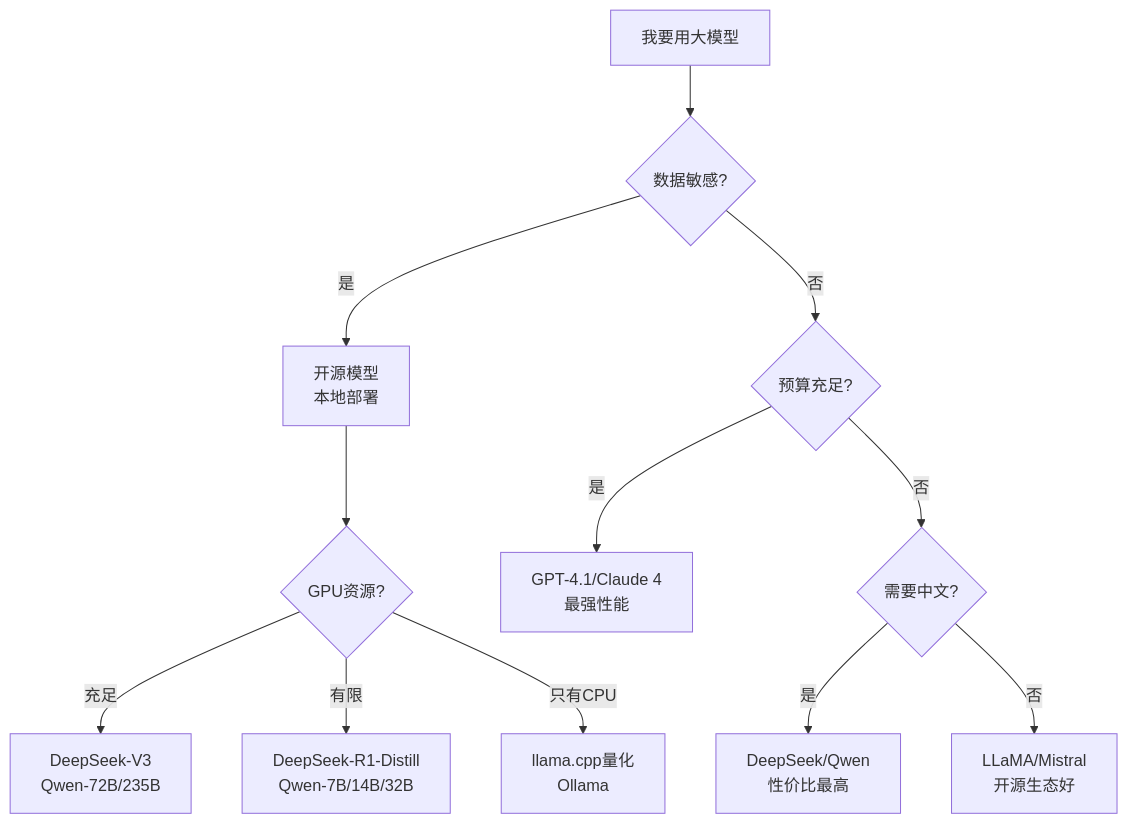
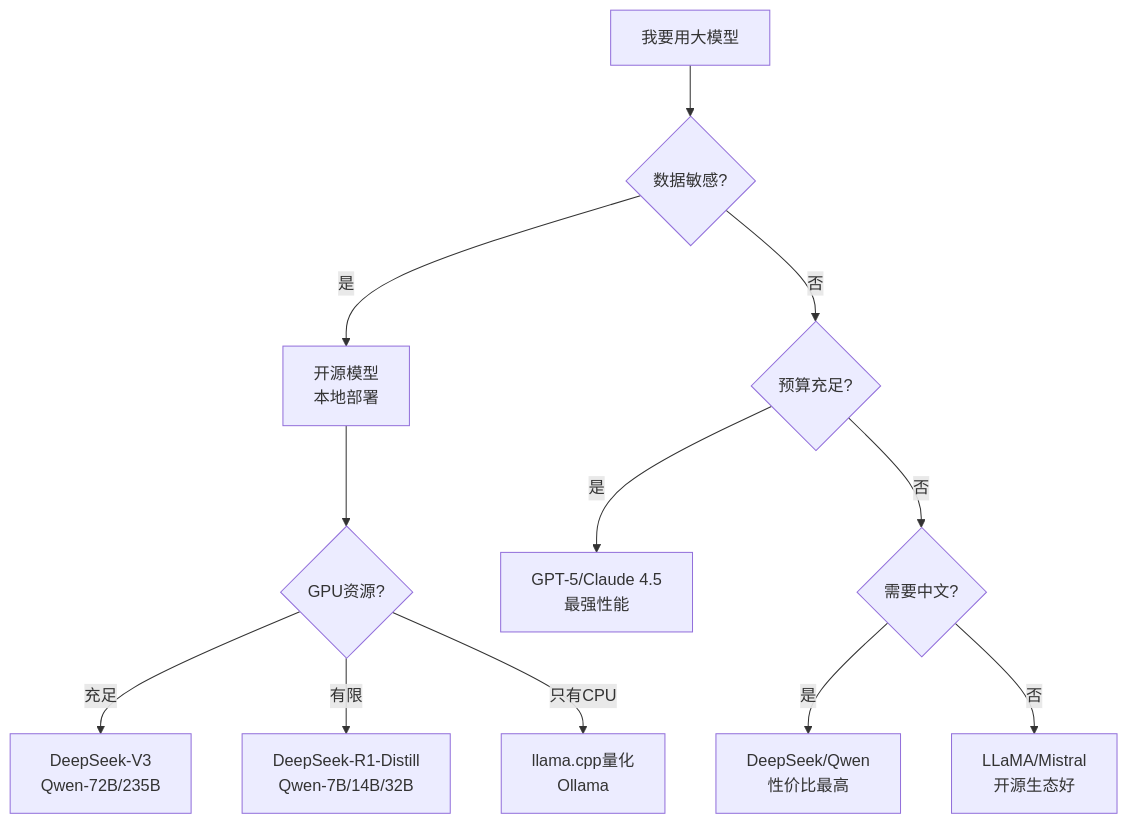
Before and after one commit to Atituiset/llm-konwleage-hub: the ninth of 9 diagrams in src/01-ai-overview/llm-ecosystem.md, drawn with Mermaid. The commit also changed other lines of this file and 14 other files, not shown here.

Commit message:
Update docs for 2026 accuracy/timeliness: GPT-5/Claude 4.5/Gemini 3/Qwen3/Llama 4, DeepSeek V3.1-V3.2-R2, context windows, R1 hardware, timeline fixes

````diff
--- a/src/01-ai-overview/llm-ecosystem.md
+++ b/src/01-ai-overview/llm-ecosystem.md
@@ -241,17 +241,17 @@
 ```mermaid
 graph TD
     A[我要用大模型] --> B{数据敏感?}
     B -->|是| C[开源模型<br/>本地部署]
     B -->|否| D{预算充足?}
 
-    D -->|是| E[GPT-4.1/Claude 4<br/>最强性能]
+    D -->|是| E[GPT-5/Claude 4.5<br/>最强性能]
     D -->|否| F{需要中文?}
 
     F -->|是| G[DeepSeek/Qwen<br/>性价比最高]
     F -->|否| H[LLaMA/Mistral<br/>开源生态好]
 
     C --> I{GPU资源?}
     I -->|充足| J[DeepSeek-V3<br/>Qwen-72B/235B]
     I -->|有限| K[DeepSeek-R1-Distill<br/>Qwen-7B/14B/32B]
     I -->|只有CPU| L[llama.cpp量化<br/>Ollama]
 ```
````
